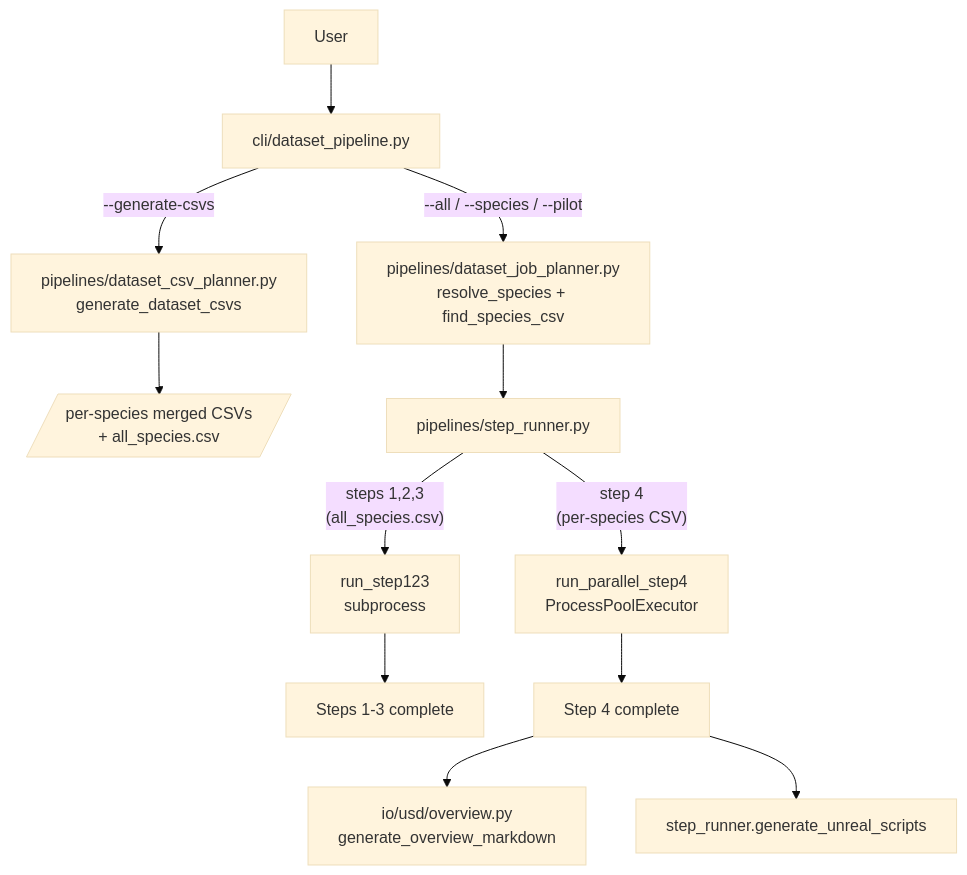
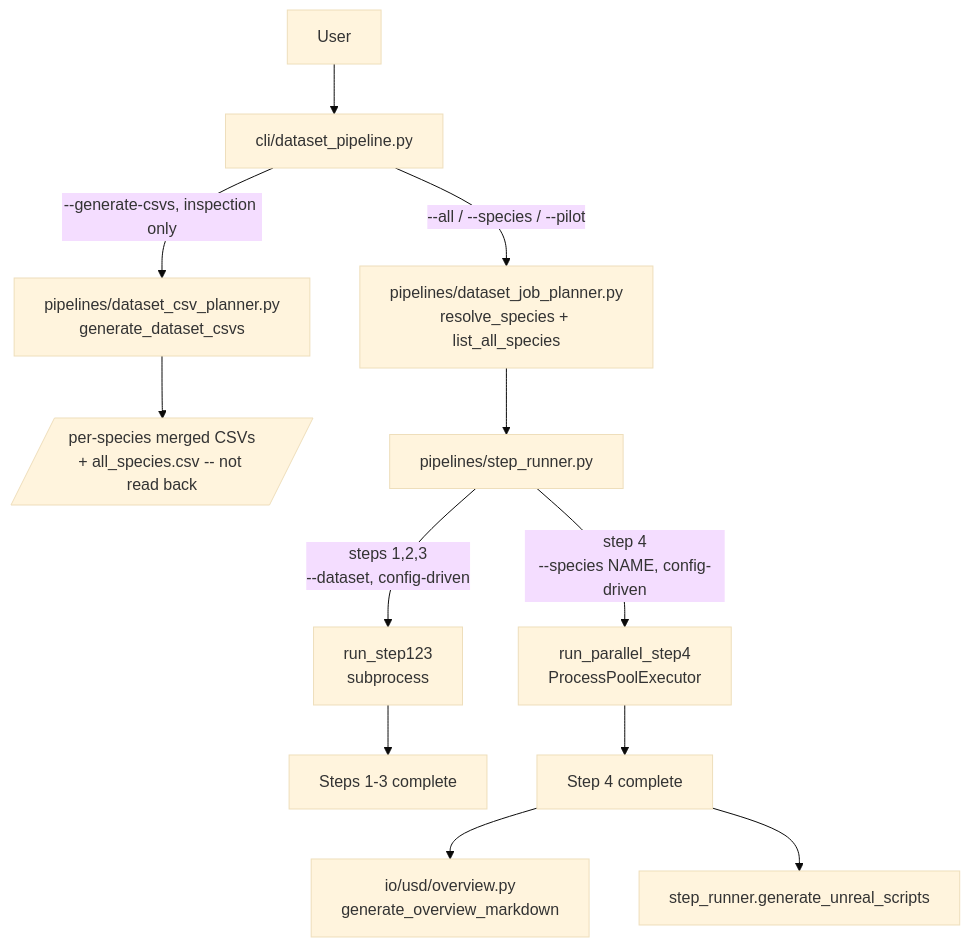
One commit to XRFutureForests/growpy changed the third of 3 diagrams in docs/architecture/pipeline-overview.md. Above: the diagram before and after it, drawn with Mermaid (base theme). The commit also changed 58 other files, not shown here.

````diff
--- a/docs/architecture/pipeline-overview.md
+++ b/docs/architecture/pipeline-overview.md
@@ -258,23 +258,23 @@
 ```mermaid
 flowchart TB
     User[User] --> DP[cli/dataset_pipeline.py]
-    DP -->|--generate-csvs| CSVP[pipelines/dataset_csv_planner.py<br/>generate_dataset_csvs]
-    CSVP --> CSVs[/per-species merged CSVs<br/>+ all_species.csv/]
-    DP -->|--all / --species / --pilot| JP[pipelines/dataset_job_planner.py<br/>resolve_species + find_species_csv]
+    DP -->|--generate-csvs, inspection only| CSVP[pipelines/dataset_csv_planner.py<br/>generate_dataset_csvs]
+    CSVP --> CSVs[/per-species merged CSVs<br/>+ all_species.csv -- not read back/]
+    DP -->|--all / --species / --pilot| JP[pipelines/dataset_job_planner.py<br/>resolve_species + list_all_species]
     JP --> SR[pipelines/step_runner.py]
-    SR -->|"steps 1,2,3<br/>(all_species.csv)"| RUN123[run_step123<br/>subprocess]
-    SR -->|"step 4<br/>(per-species CSV)"| RUN4[run_parallel_step4<br/>ProcessPoolExecutor]
+    SR -->|"steps 1,2,3<br/>--dataset, config-driven"| RUN123[run_step123<br/>subprocess]
+    SR -->|"step 4<br/>--species NAME, config-driven"| RUN4[run_parallel_step4<br/>ProcessPoolExecutor]
     RUN123 --> Done1[Steps 1-3 complete]
     RUN4 --> Done4[Step 4 complete]
     Done4 --> OV[io/usd/overview.py<br/>generate_overview_markdown]
     Done4 --> US2[step_runner.generate_unreal_scripts]
 
     click DP href "../../src/growpy/cli/dataset_pipeline.py"
     click CSVP href "../../src/growpy/pipelines/dataset_csv_planner.py"
     click JP href "../../src/growpy/pipelines/dataset_job_planner.py"
     click SR href "../../src/growpy/pipelines/step_runner.py"
     click RUN123 href "../../src/growpy/pipelines/step_runner.py"
     click RUN4 href "../../src/growpy/pipelines/step_runner.py"
     click OV href "../../src/growpy/io/usd/overview.py"
     click US2 href "../../src/growpy/pipelines/step_runner.py"
 ```
````
